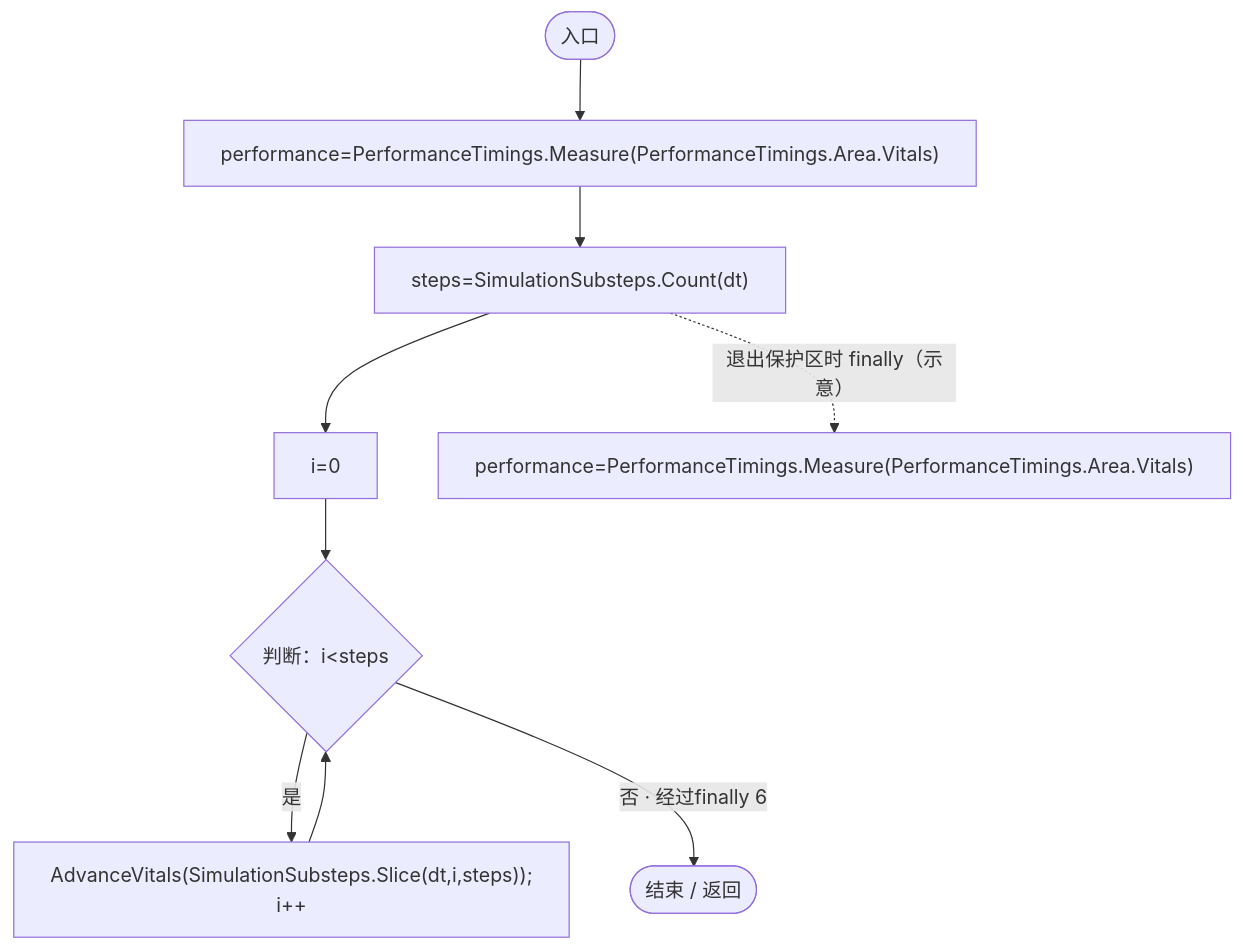
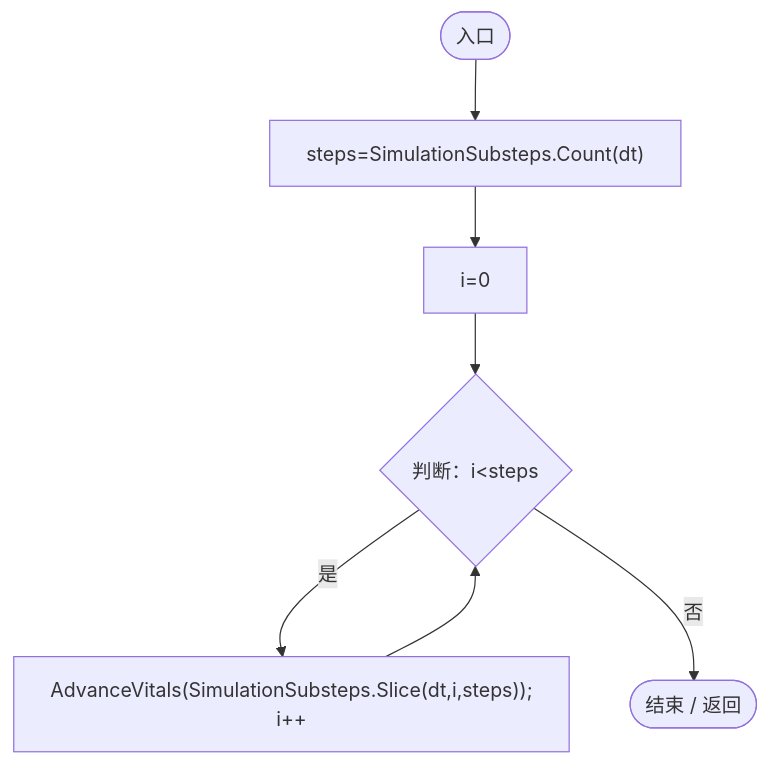
Before and after one commit to xhs6666/Darwin_paradise: the third of 4 diagrams in Docs/运行流程图/脚本/7f68ee05c2ac84bc.md, drawn with Mermaid. The commit also changed other lines of this file and 297 other files, not shown here.

````diff
--- a/Docs/运行流程图/脚本/7f68ee05c2ac84bc.md
+++ b/Docs/运行流程图/脚本/7f68ee05c2ac84bc.md
@@ -108,20 +108,16 @@
 ```mermaid
 flowchart TD
   b0(["入口"])
-  b1["performance=PerformanceTimings.Measure(PerformanceTimings.Area.Vitals)"]
-  b2["steps=SimulationSubsteps.Count(dt)"]
-  b3["i=0"]
-  b4{"判断：i&lt;steps"}
-  b5["AdvanceVitals(SimulationSubsteps.Slice(dt,i,steps));<br/>i++"]
-  b6["performance=PerformanceTimings.Measure(PerformanceTimings.Area.Vitals)"]
-  b7(["结束 / 返回"])
+  b1["steps=SimulationSubsteps.Count(dt)"]
+  b2["i=0"]
+  b3{"判断：i&lt;steps"}
+  b4["AdvanceVitals(SimulationSubsteps.Slice(dt,i,steps));<br/>i++"]
+  b5(["结束 / 返回"])
   b0 --> b1
   b1 --> b2
   b2 --> b3
-  b3 --> b4
-  b4 -->|"是"| b5
-  b4 -->|"否 · 经过finally 6"| b7
-  b5 --> b4
-  b2 -. "退出保护区时 finally（示意）" .-> b6
+  b3 -->|"是"| b4
+  b3 -->|"否"| b5
+  b4 --> b3
 
 ```
````
